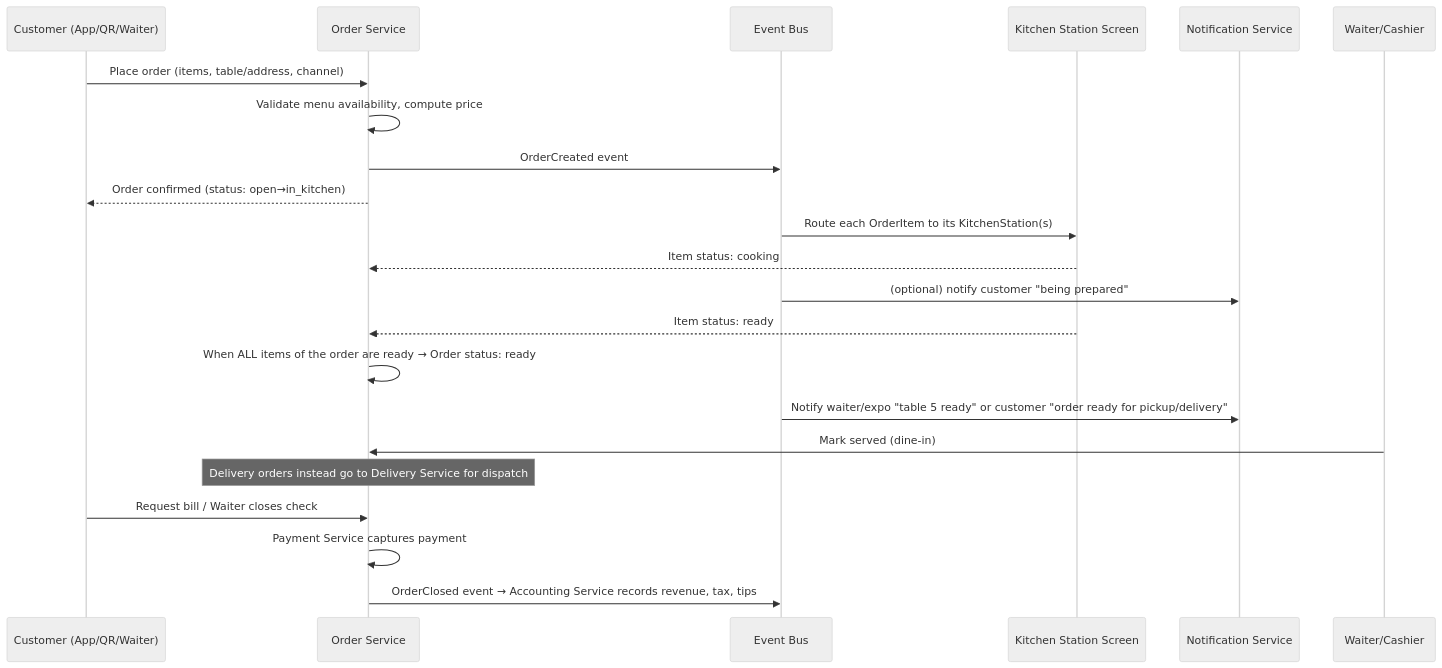
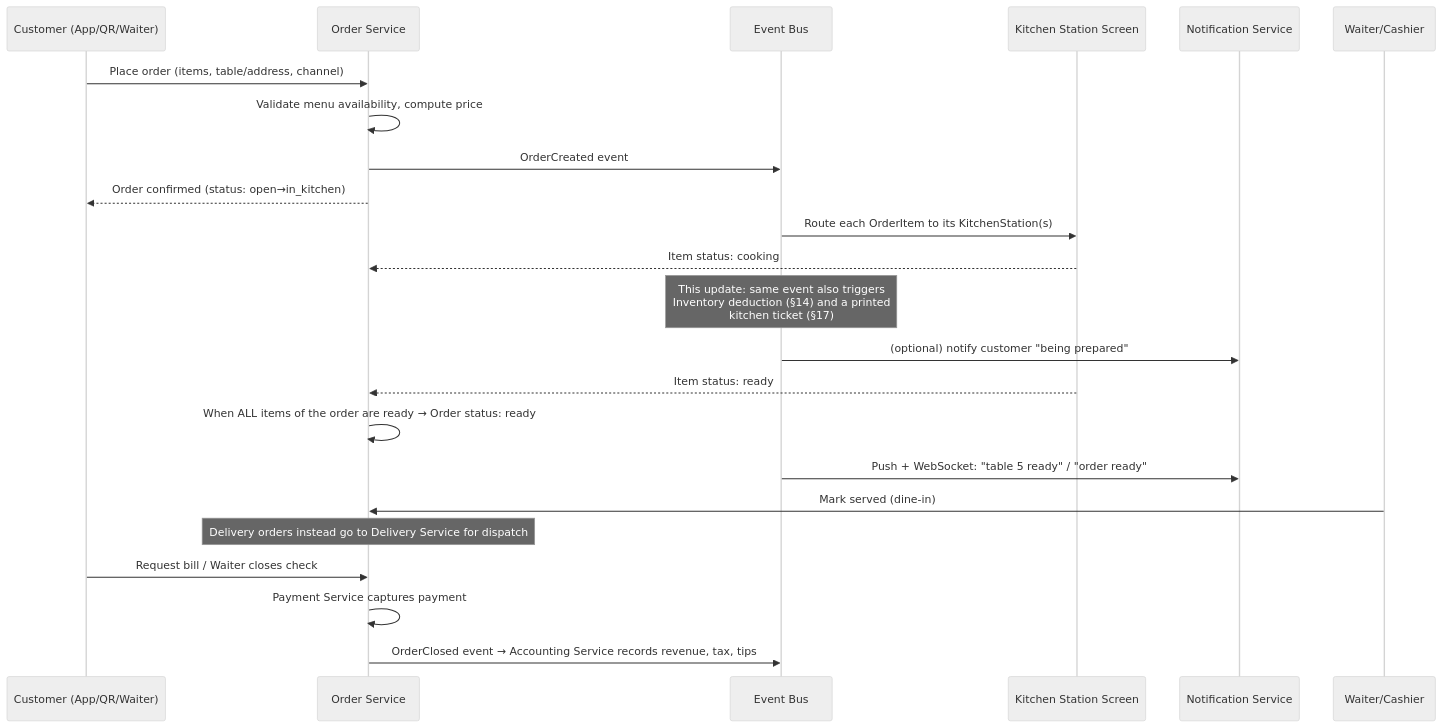
The third of 10 diagrams in docs/IMPLEMENTATION_PLAN.md (ibrahimzaxoy/legendary-succotash), drawn with Mermaid (neutral theme) before and after one commit. The commit also changed other lines of this file, not shown here.

First line of the commit message:
Expand implementation plan: payroll, expenses, purchasing, inventory, notifications, printing, shared table sessions

````diff
--- a/docs/IMPLEMENTATION_PLAN.md
+++ b/docs/IMPLEMENTATION_PLAN.md
@@ -239,25 +247,26 @@
 ```mermaid
 sequenceDiagram
     participant C as Customer (App/QR/Waiter)
     participant API as Order Service
     participant BUS as Event Bus
     participant K as Kitchen Station Screen
     participant N as Notification Service
     participant W as Waiter/Cashier
 
     C->>API: Place order (items, table/address, channel)
     API->>API: Validate menu availability, compute price
     API->>BUS: OrderCreated event
     API-->>C: Order confirmed (status: open→in_kitchen)
     BUS->>K: Route each OrderItem to its KitchenStation(s)
     K-->>API: Item status: cooking
+    Note over BUS: This update: same event also triggers<br/>Inventory deduction (§14) and a printed<br/>kitchen ticket (§17)
     BUS->>N: (optional) notify customer "being prepared"
     K-->>API: Item status: ready
     API->>API: When ALL items of the order are ready → Order status: ready
-    BUS->>N: Notify waiter/expo "table 5 ready" or customer "order ready for pickup/delivery"
-    W->>API: Mark served (dine-in) 
+    BUS->>N: Push + WebSocket: "table 5 ready" / "order ready"
+    W->>API: Mark served (dine-in)
     Note over API: Delivery orders instead go to Delivery Service for dispatch
     C->>API: Request bill / Waiter closes check
     API->>API: Payment Service captures payment
     API->>BUS: OrderClosed event → Accounting Service records revenue, tax, tips
 ```
````
